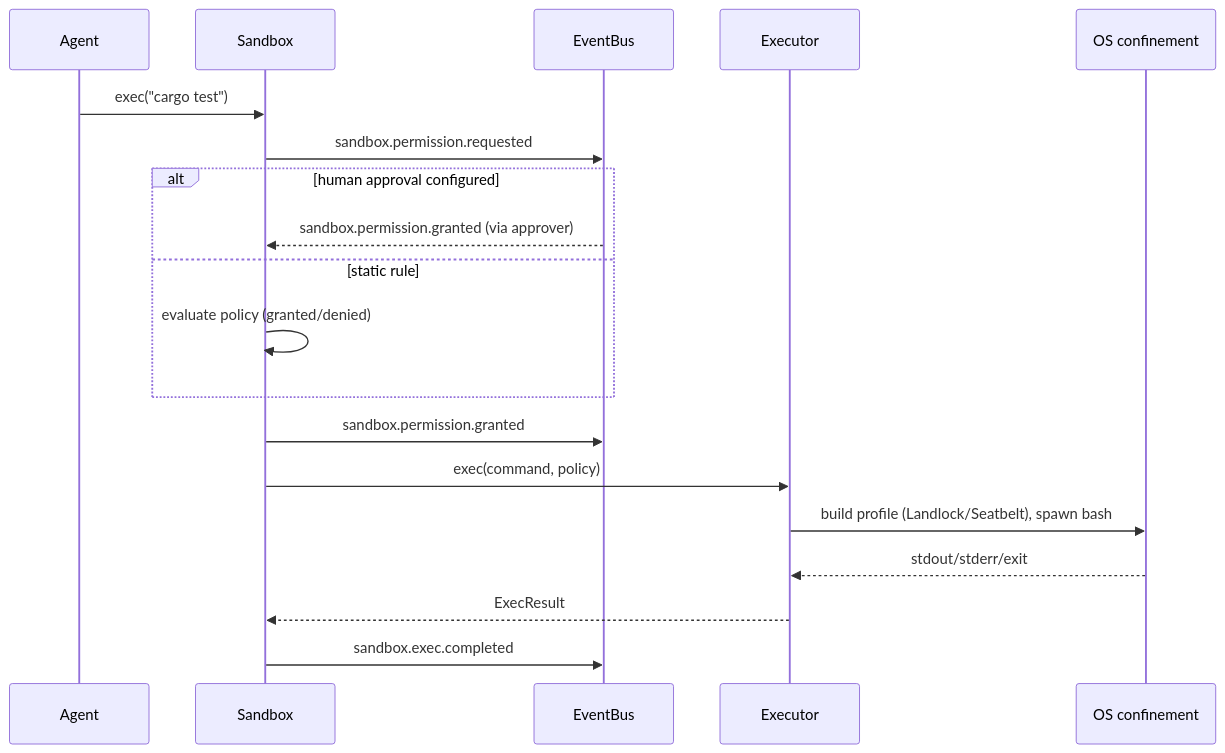
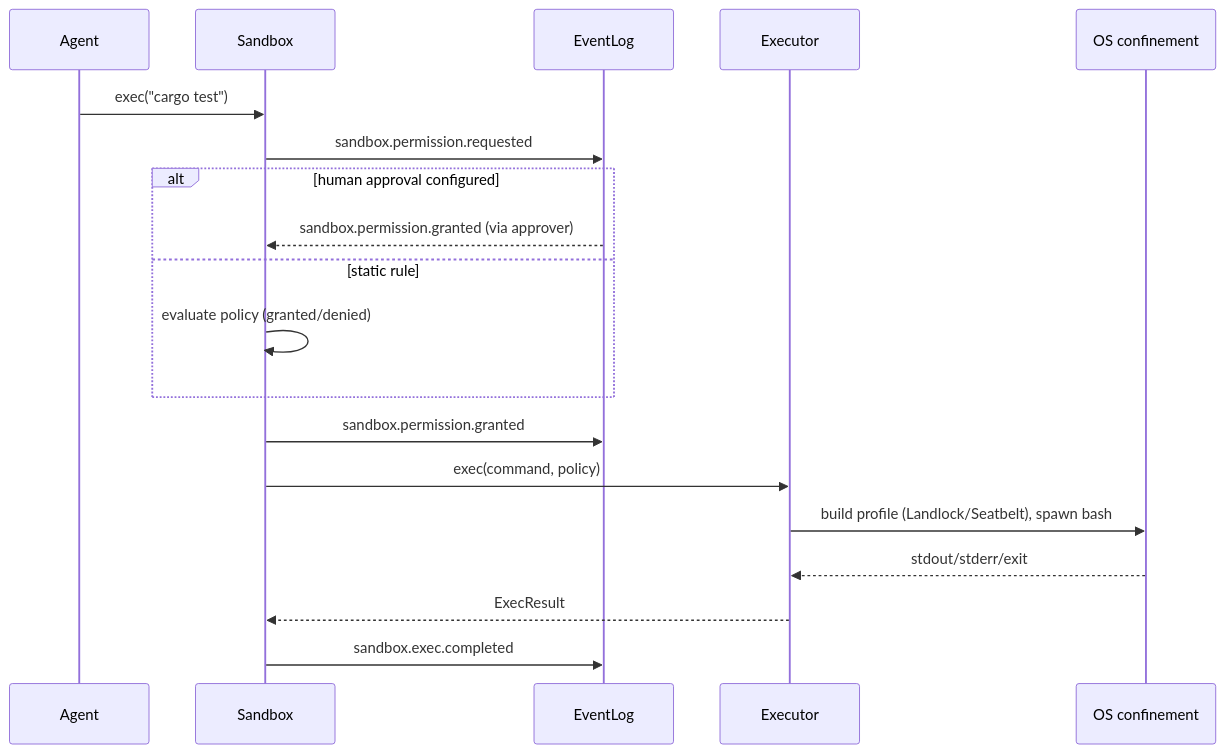
Before and after one commit to mokmok-dev/agent: the second of 2 diagrams in docs/sandbox.md, drawn with Mermaid. The commit also changed other lines of this file and 3 other files, not shown here.

First line of the commit message:
docs: align the event-log model across architecture, sandbox, and research

````diff
--- a/docs/sandbox.md
+++ b/docs/sandbox.md
@@ -243,22 +243,22 @@
 ```mermaid
 sequenceDiagram
     participant Ag as Agent
     participant Sb as Sandbox
-    participant B as EventBus
+    participant B as EventLog
     participant Ex as Executor
     participant OS as OS confinement
 
     Ag->>Sb: exec("cargo test")
     Sb->>B: sandbox.permission.requested
     alt human approval configured
         B-->>Sb: sandbox.permission.granted (via approver)
     else static rule
         Sb->>Sb: evaluate policy (granted/denied)
     end
     Sb->>B: sandbox.permission.granted
     Sb->>Ex: exec(command, policy)
     Ex->>OS: build profile (Landlock/Seatbelt), spawn bash
     OS-->>Ex: stdout/stderr/exit
     Ex-->>Sb: ExecResult
     Sb->>B: sandbox.exec.completed
 ```
````
